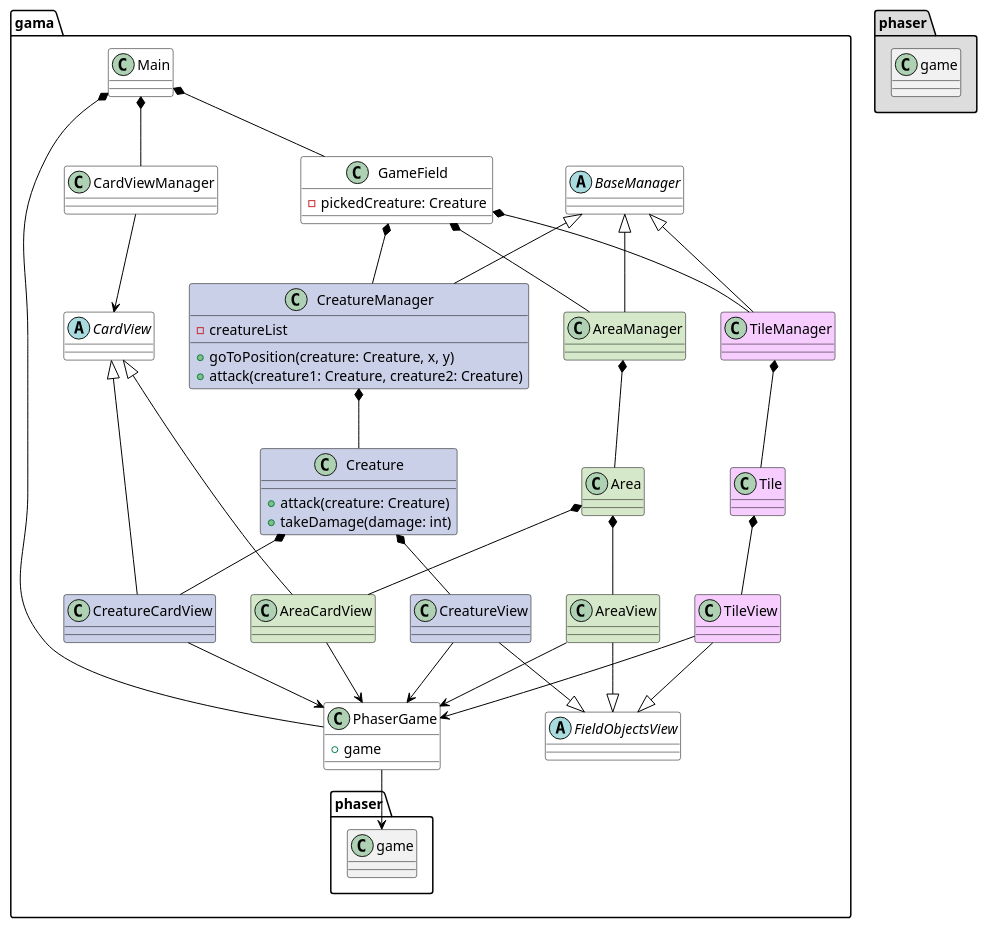
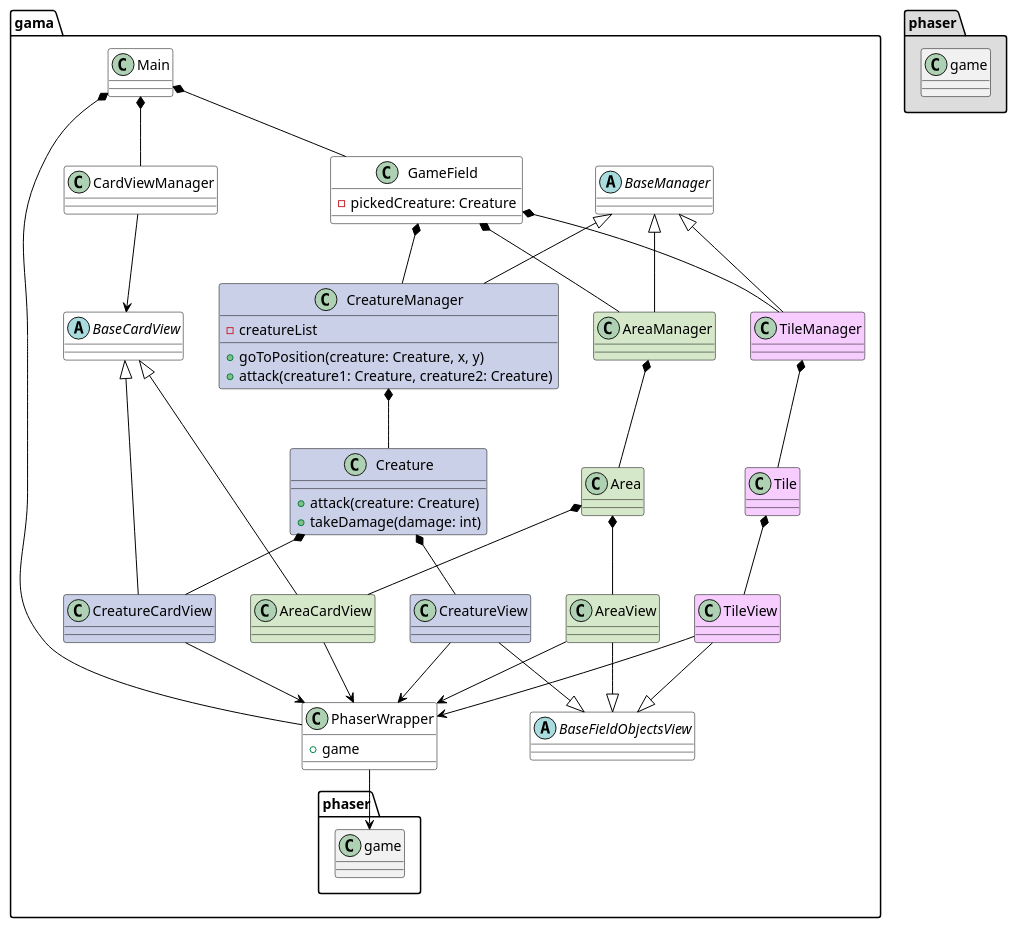
Before and after one commit to gamesFTW/phaser-card-game-client: the diagram in uml/base.puml, drawn with PlantUML. The commit also changed 22 other files, not shown here.

```diff
--- a/uml/base.puml
+++ b/uml/base.puml
@@ -1,113 +1,113 @@
 @startuml
 
 skinparam class {
 	ArrowColor black
 	BorderColor black
 }
 
 skinparam stereotypeCBackgroundColor YellowGreen
 skinparam shadowing false
 
 package "gama" {
     abstract class BaseManager #ffffff
 
 
-    abstract class FieldObjectsView #ffffff
-    FieldObjectsView <|-up- TileView
-    FieldObjectsView <|-up- CreatureView
-    FieldObjectsView <|-up- AreaView
+    abstract class BaseFieldObjectsView #ffffff
+    BaseFieldObjectsView <|-up- TileView
+    BaseFieldObjectsView <|-up- CreatureView
+    BaseFieldObjectsView <|-up- AreaView
 
 
-    abstract class CardView #ffffff
+    abstract class BaseCardView #ffffff
     
     
     class Main #ffffff
-    Main *-- PhaserGame
+    Main *-- PhaserWrapper
     Main *-- GameField
     Main *-- CardViewManager
 
 
-    class PhaserGame #ffffff {
+    class PhaserWrapper #ffffff {
         + game
     }
-    PhaserGame --> phaser.game
+    PhaserWrapper --> phaser.game
 
 
     class GameField #ffffff {
         - pickedCreature: Creature
     }
     GameField *-- TileManager
     GameField *-- CreatureManager
     GameField *-- AreaManager
 
 
     class CardViewManager #ffffff
-    CardViewManager --> CardView
+    CardViewManager --> BaseCardView
 
 
     '''Tile'''
     class TileManager #F7CDFF
     BaseManager <|-- TileManager
     TileManager *-- Tile
 
 
     class Tile #F7CDFF
     Tile *-- TileView
 
 
     class TileView #F7CDFF
-    TileView --> PhaserGame
+    TileView --> PhaserWrapper
 
 
     '''Creature'''
     class CreatureManager #CAD0E8 {
         - creatureList
         + goToPosition(creature: Creature, x, y)
         + attack(creature1: Creature, creature2: Creature)
     }
     BaseManager <|-- CreatureManager
     CreatureManager *-- Creature
 
 
     class Creature #CAD0E8 {
         + attack(creature: Creature)
         + takeDamage(damage: int)
     }
     Creature *-- CreatureView
     Creature *-- CreatureCardView
 
 
     class CreatureView #CAD0E8
-    CreatureView --> PhaserGame
+    CreatureView --> PhaserWrapper
 
 
     class CreatureCardView #CAD0E8
-    CardView <|-right- CreatureCardView
-    CreatureCardView --> PhaserGame
+    BaseCardView <|-right- CreatureCardView
+    CreatureCardView --> PhaserWrapper
 
 
     '''Area'''
     class AreaManager #D6E8CA
     BaseManager <|-- AreaManager
     AreaManager *-- Area
 
 
     class Area #D6E8CA
     Area *-- AreaView
     Area *-- AreaCardView
 
 
     class AreaView #D6E8CA
-    AreaView --> PhaserGame
+    AreaView --> PhaserWrapper
 
 
     class AreaCardView #D6E8CA
-    CardView <|-right- AreaCardView
-    AreaCardView --> PhaserGame
+    BaseCardView <|-right- AreaCardView
+    AreaCardView --> PhaserWrapper
 }
 
 
 package "phaser" #DDDDDD {
     class game
 }
 @enduml
```
